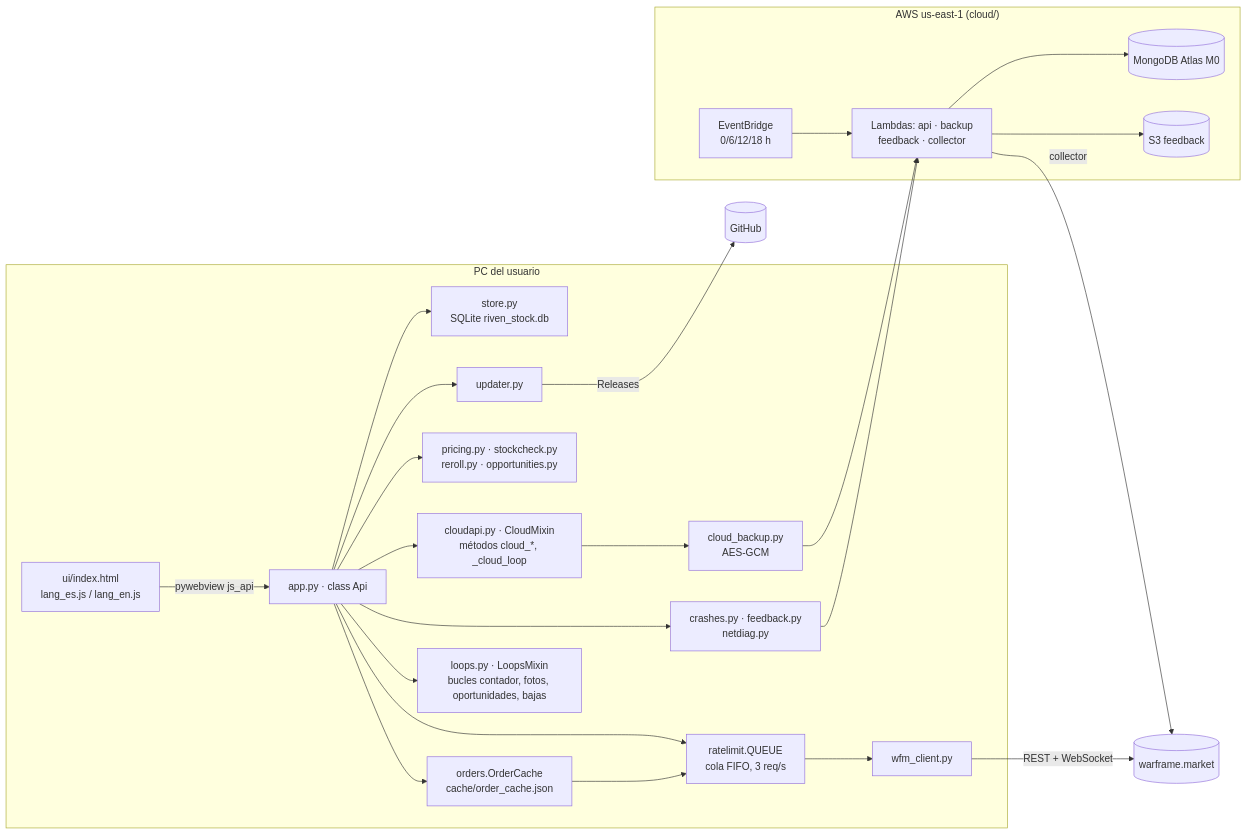
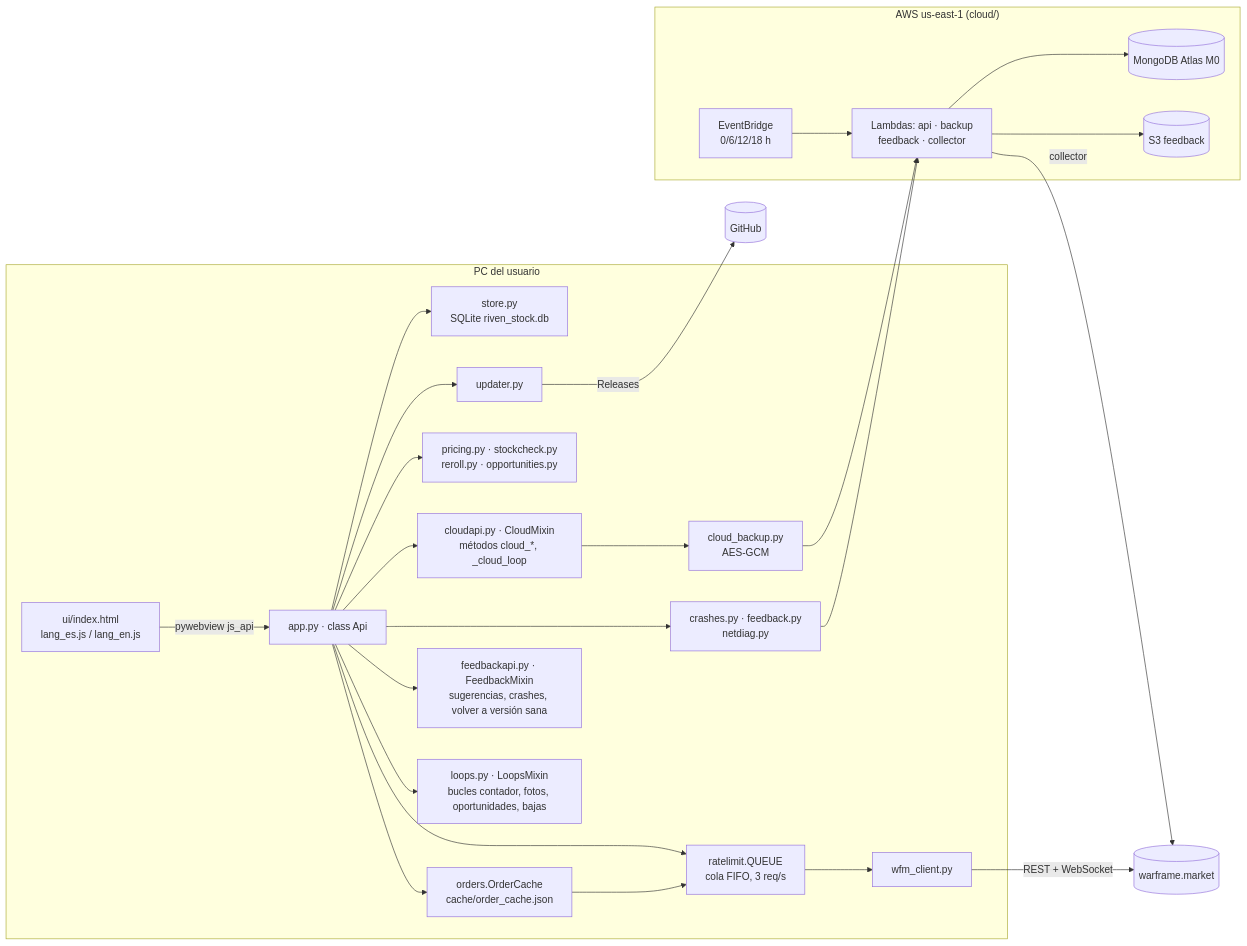
The first of 8 diagrams in docs/ARQUITECTURA.md (Franh01/riven-stock), drawn with Mermaid before and after one commit. The commit also changed other lines of this file and 3 other files, not shown here.

Commit message:
Separar feedback y crashes de app.py en feedbackapi.py (FeedbackMixin)

````diff
--- a/docs/ARQUITECTURA.md
+++ b/docs/ARQUITECTURA.md
@@ -9,27 +9,28 @@
 ```mermaid
 flowchart LR
     subgraph PC["PC del usuario"]
         UI["ui/index.html<br/>lang_es.js / lang_en.js"] -- "pywebview js_api" --> API["app.py · class Api"]
         API --> STORE["store.py<br/>SQLite riven_stock.db"]
         API --> CACHE["orders.OrderCache<br/>cache/order_cache.json"]
         API --> RL["ratelimit.QUEUE<br/>cola FIFO, 3 req/s"]
         CACHE --> RL
         RL --> WFM["wfm_client.py"]
         API --> PRICING["pricing.py · stockcheck.py<br/>reroll.py · opportunities.py"]
         API --> UPD["updater.py"]
         API --> CRASH["crashes.py · feedback.py<br/>netdiag.py"]
         API --> CLAPI["cloudapi.py · CloudMixin<br/>métodos cloud_*, _cloud_loop"]
+        API --> FBAPI["feedbackapi.py · FeedbackMixin<br/>sugerencias, crashes, volver a versión sana"]
         API --> LOOPS["loops.py · LoopsMixin<br/>bucles contador, fotos, oportunidades, bajas"]
         CLAPI --> CB["cloud_backup.py<br/>AES-GCM"]
     end
     WFM -- "REST + WebSocket" --> WM[("warframe.market")]
     UPD -- "Releases" --> GH[("GitHub")]
     CB --> LAM
     CRASH --> LAM
     subgraph AWS["AWS us-east-1 (cloud/)"]
         LAM["Lambdas: api · backup<br/>feedback · collector"] --> MONGO[("MongoDB Atlas M0")]
         LAM --> S3[("S3 feedback")]
         EB["EventBridge<br/>0/6/12/18 h"] --> LAM
     end
     LAM -- "collector" --> WM
 ```
````
